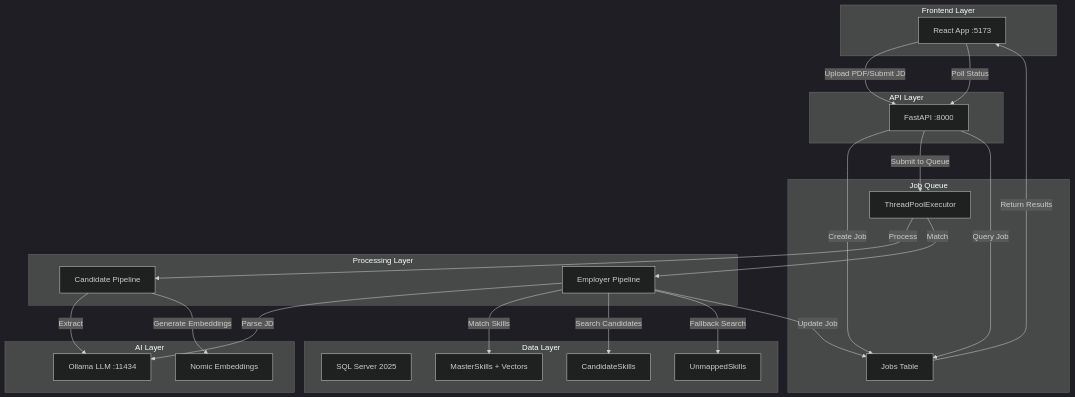
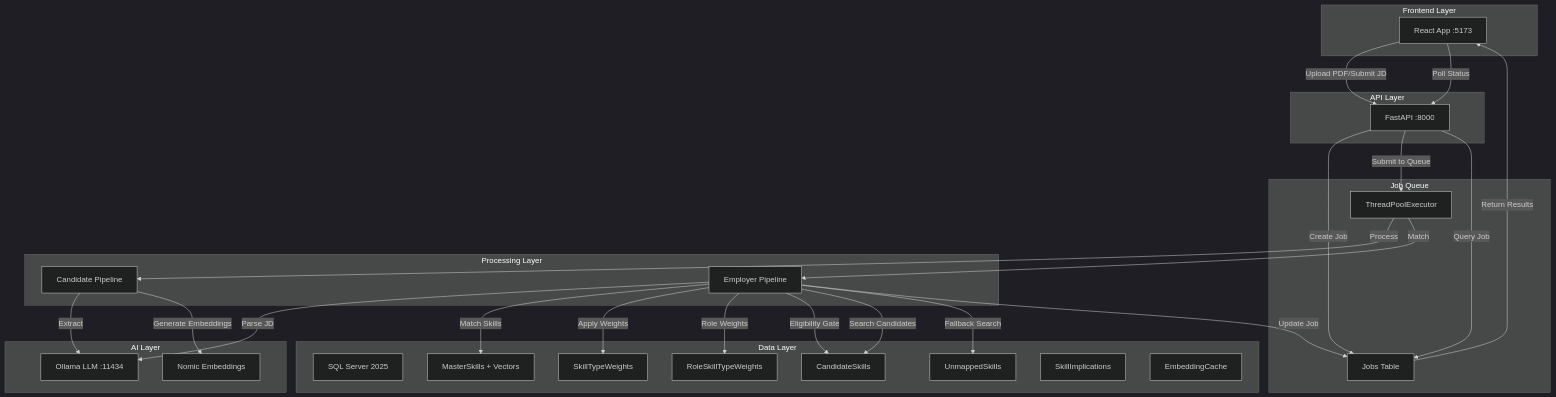
One commit to anvaya/Questpond.AIML.Cohort2.Python changed the diagram in architecture/00_system_overview.md. Above: the diagram before and after it, drawn with Mermaid (dark theme). The commit also changed other lines of this file and 72 other files, not shown here.

First line of the commit message:
Bulk Architectural Updates.

````diff
--- a/architecture/00_system_overview.md
+++ b/architecture/00_system_overview.md
@@ -35,48 +69,55 @@
 ```mermaid
 graph TB
     subgraph "Frontend Layer"
         A[React App :5173]
     end
 
     subgraph "API Layer"
         B[FastAPI :8000]
     end
 
     subgraph "Job Queue"
         C[ThreadPoolExecutor]
         D[Jobs Table]
     end
 
     subgraph "Processing Layer"
         E[Candidate Pipeline]
         F[Employer Pipeline]
     end
 
     subgraph "AI Layer"
         G[Ollama LLM :11434]
         H[Nomic Embeddings]
     end
 
     subgraph "Data Layer"
         I[SQL Server 2025]
         J[MasterSkills + Vectors]
         K[CandidateSkills]
         L[UnmappedSkills]
+        M[SkillTypeWeights]
+        N[RoleSkillTypeWeights]
+        O[SkillImplications]
+        P[EmbeddingCache]
     end
 
     A -->|Upload PDF/Submit JD| B
     B -->|Create Job| D
     B -->|Submit to Queue| C
     C -->|Process| E
     C -->|Match| F
     E -->|Extract| G
     E -->|Generate Embeddings| H
     F -->|Parse JD| G
     F -->|Match Skills| J
+    F -->|Apply Weights| M
+    F -->|Role Weights| N
+    F -->|Eligibility Gate| K
     F -->|Search Candidates| K
     F -->|Fallback Search| L
     F -->|Update Job| D
     A -->|Poll Status| B
     B -->|Query Job| D
     D -->|Return Results| A
 ```
````
